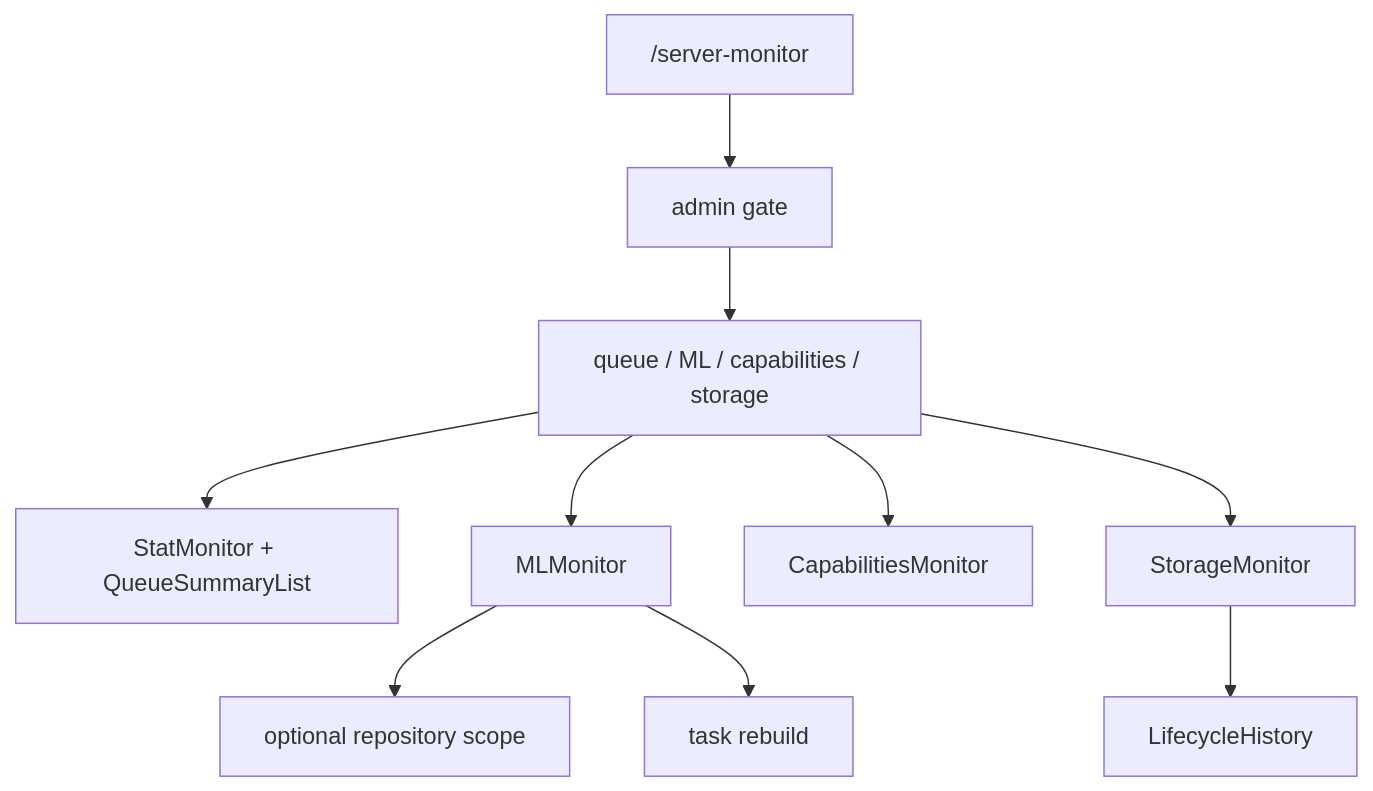
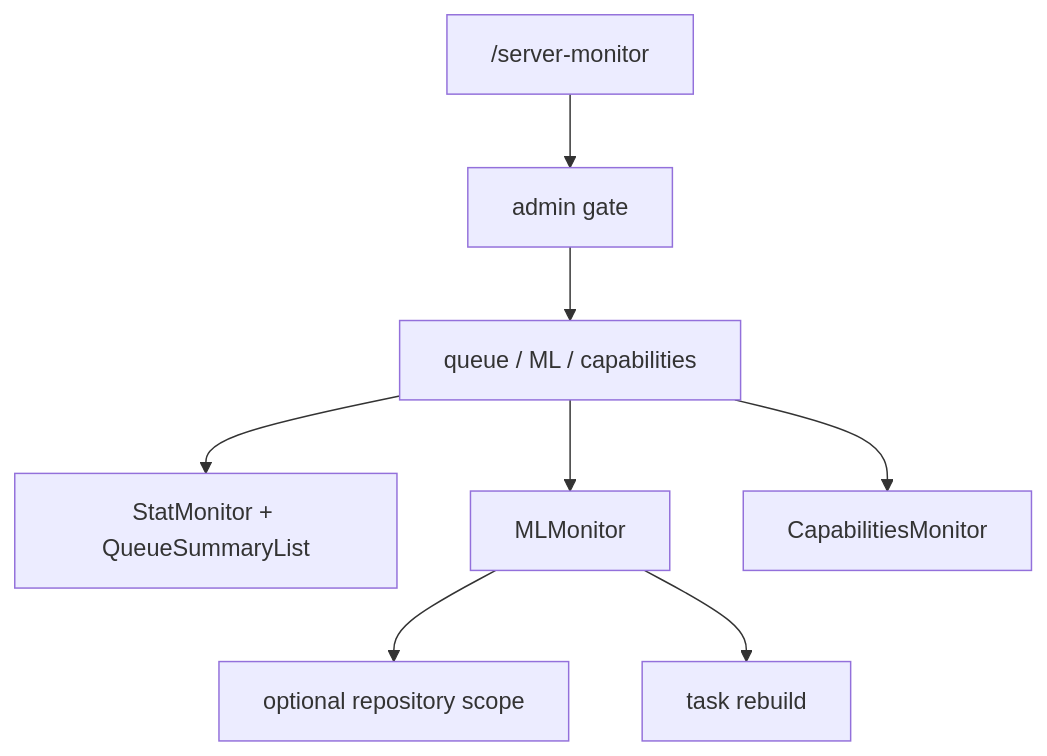
The diagram in web/src/features/monitor/doc.md (EdwinZhanCN/Lumilio-Photos), drawn with Mermaid before and after one commit. The commit also changed other lines of this file and 308 other files, not shown here.

````diff
--- a/web/src/features/monitor/doc.md
+++ b/web/src/features/monitor/doc.md
@@ -23,12 +23,10 @@
 ```mermaid
 flowchart TD
     ROUTE["/server-monitor"] --> ADMIN["admin gate"]
-    ADMIN --> TABS["queue / ML / capabilities / storage"]
+    ADMIN --> TABS["queue / ML / capabilities"]
     TABS --> QUEUE["StatMonitor + QueueSummaryList"]
     TABS --> ML["MLMonitor"]
     TABS --> CAP["CapabilitiesMonitor"]
-    TABS --> STORAGE["StorageMonitor"]
-    STORAGE --> HISTORY["LifecycleHistory"]
     ML --> REPOSITORY["optional repository scope"]
     ML --> REBUILD["task rebuild"]
 ```
````
